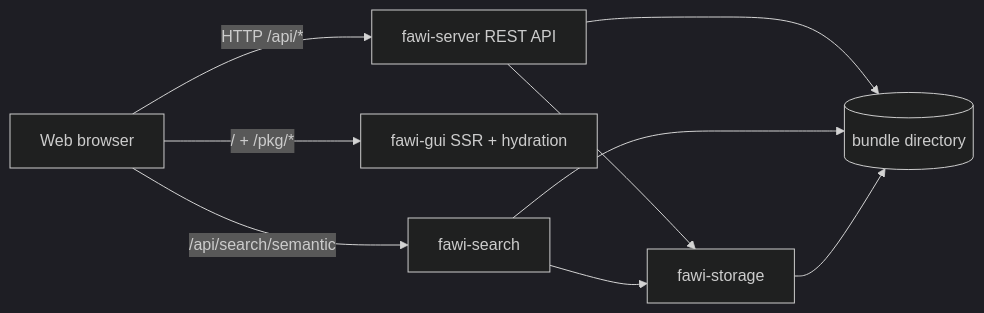
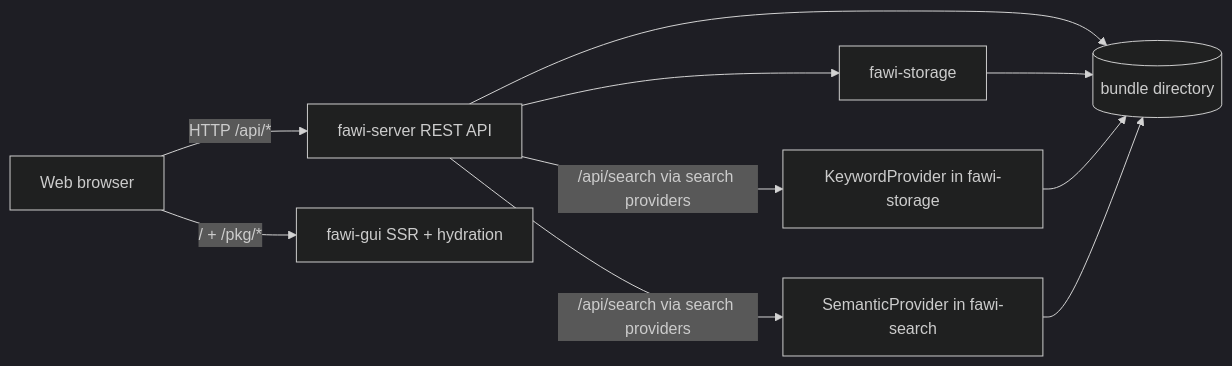
One commit to reenigneEsrever92/fast-llmwiki changed the second of 2 diagrams in docs/architecture.md. Above: the diagram before and after it, drawn with Mermaid (dark theme). The commit also changed other lines of this file and 22 other files, not shown here.

Commit message:
feat: hybrid search over pluggable keyword and semantic providers

````diff
--- a/docs/architecture.md
+++ b/docs/architecture.md
@@ -44,11 +53,12 @@
 ```mermaid
 flowchart LR
     browser[Web browser] -->|HTTP /api/*| server[fawi-server REST API]
     browser -->|/ + /pkg/*| gui[fawi-gui SSR + hydration]
-    browser -->|/api/search/semantic| search[fawi-search]
     server --> bundle[(bundle directory)]
-    search --> bundle
     storage[fawi-storage] --> bundle
     server --> storage
-    search --> storage
+    server -->|/api/search via search providers| keyword[KeywordProvider in fawi-storage]
+    server -->|/api/search via search providers| semantic[SemanticProvider in fawi-search]
+    keyword --> bundle
+    semantic --> bundle
 ```
````
